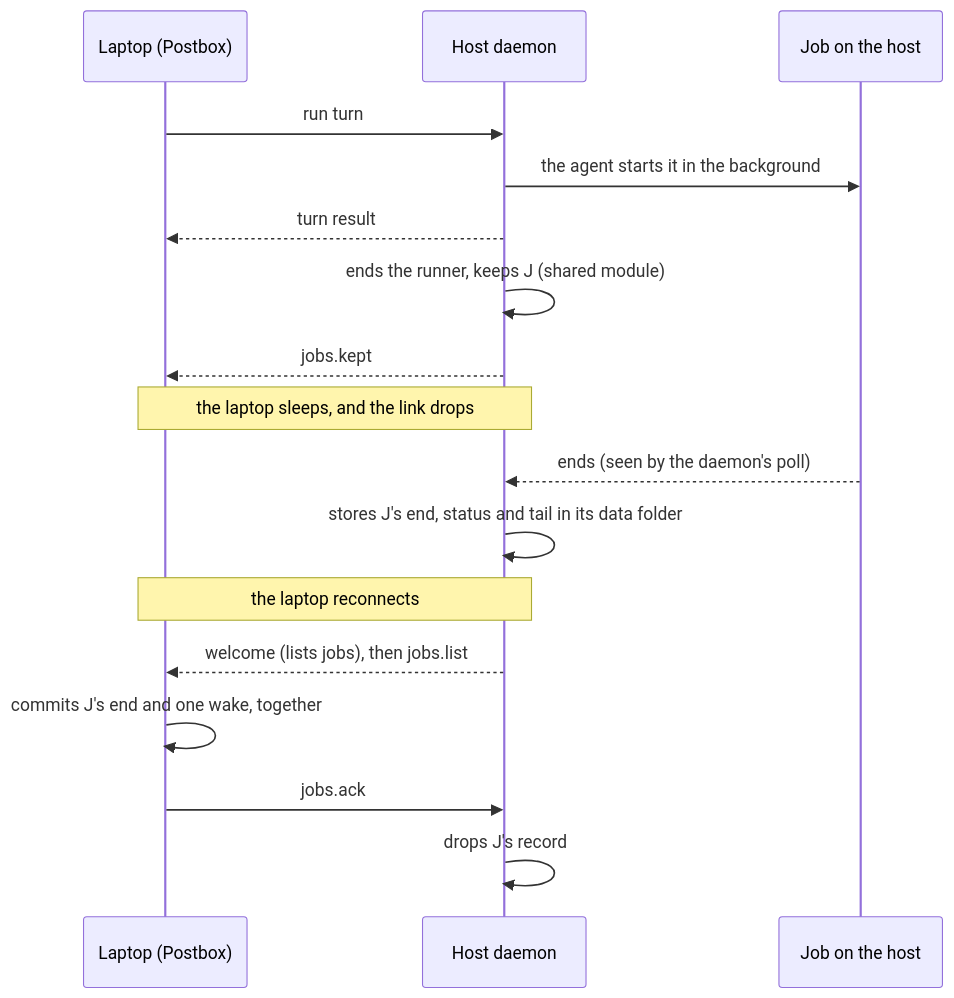
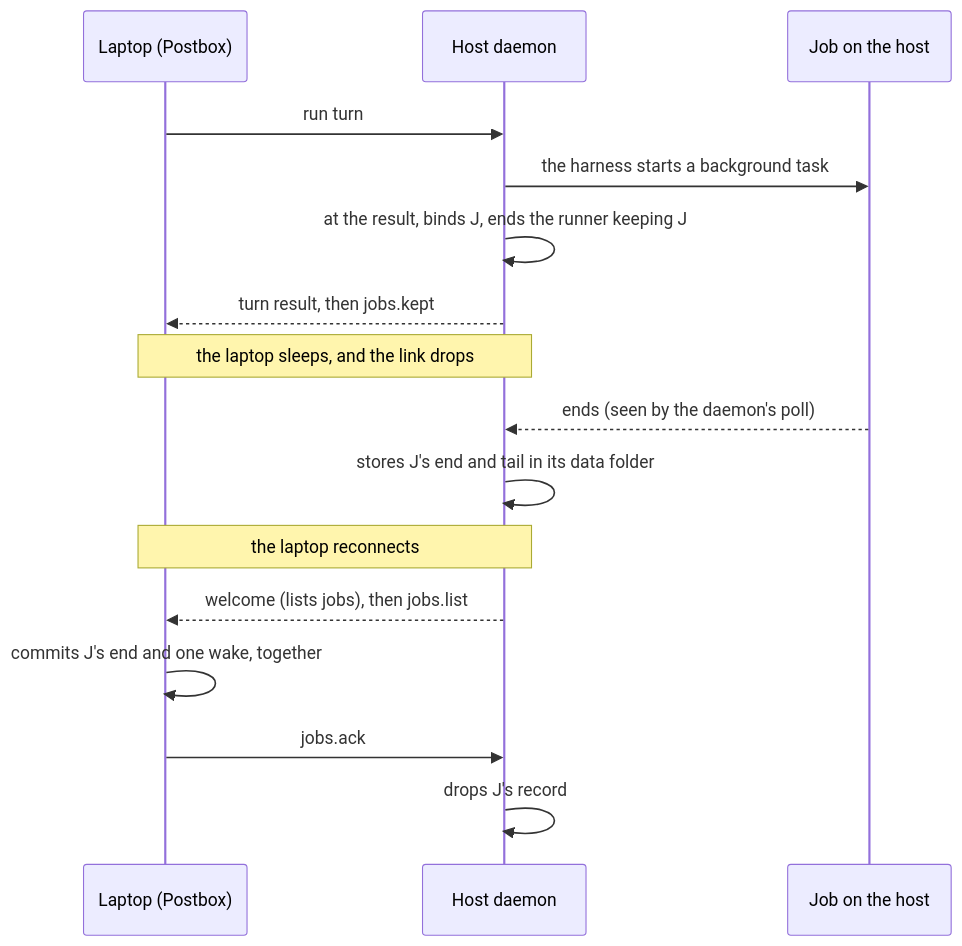
Before and after one commit to HJeon139/postbox: the second of 2 diagrams in designs/architecture/background-processes.md, drawn with Mermaid. The commit also changed other lines of this file and 1 other file, not shown here.

First line of the commit message:
docs(architecture): keep only harness-reported, turn-bound background jobs

````diff
--- a/designs/architecture/background-processes.md
+++ b/designs/architecture/background-processes.md
@@ -101,19 +105,18 @@
 ```mermaid
 sequenceDiagram
   participant L as Laptop (Postbox)
   participant D as Host daemon
   participant J as Job on the host
   L->>D: run turn
-  D->>J: the agent starts it in the background
-  D-->>L: turn result
-  D->>D: ends the runner, keeps J (shared module)
-  D-->>L: jobs.kept
+  D->>J: the harness starts a background task
+  D->>D: at the result, binds J, ends the runner keeping J
+  D-->>L: turn result, then jobs.kept
   Note over L,D: the laptop sleeps, and the link drops
   J-->>D: ends (seen by the daemon's poll)
-  D->>D: stores J's end, status and tail in its data folder
+  D->>D: stores J's end and tail in its data folder
   Note over L,D: the laptop reconnects
   D-->>L: welcome (lists jobs), then jobs.list
   L->>L: commits J's end and one wake, together
   L->>D: jobs.ack
   D->>D: drops J's record
 ```
````
